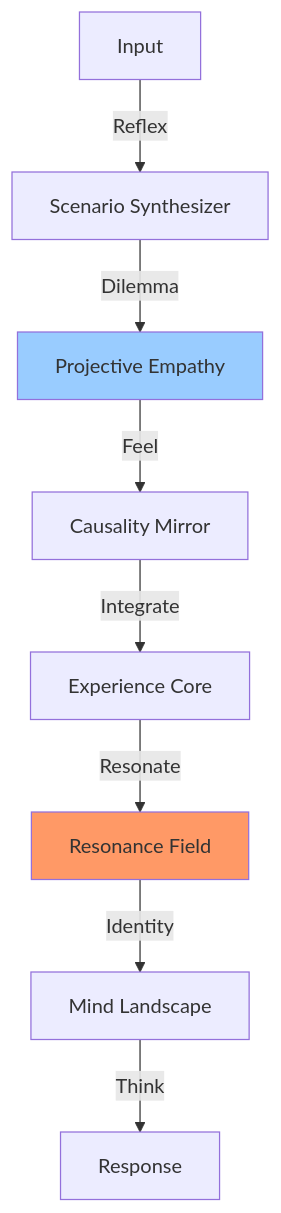
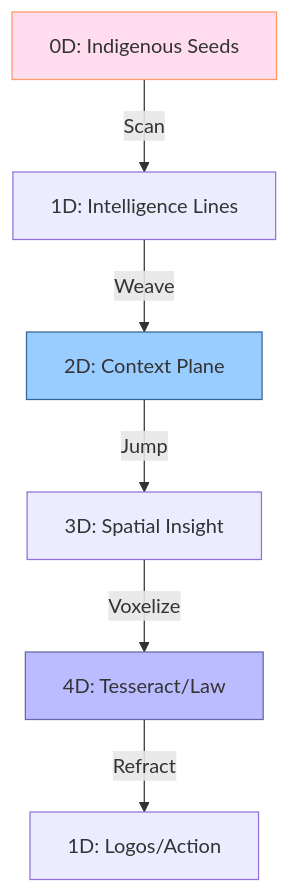
One commit to ioas0316-cloud/Elysia changed the diagram in docs/SYSTEM_MAP.md. Above: the diagram before and after it, drawn with Mermaid. The commit also changed other lines of this file and 18 other files, not shown here.

Commit message:
feat: implement Phase 06 Indigenous Intelligence Ascension (Analog Zoom, Void Kernel, Aesthetic Filter, Narrative Causality) and update core architecture docs

````diff
--- a/docs/SYSTEM_MAP.md
+++ b/docs/SYSTEM_MAP.md
@@ -41,13 +41,12 @@
 ```mermaid
 graph TD
-    Input[Input] -->|Reflex| Synthesizer[Scenario Synthesizer]
-    Synthesizer -->|Dilemma| Empathy[Projective Empathy]
-    Empathy -->|Feel| Mirror[Causality Mirror]
-    Mirror -->|Integrate| Core[Experience Core]
-    Core -->|Resonate| Soul[Resonance Field]
-    Soul -->|Identity| Mind[Mind Landscape]
-    Mind -->|Think| Output[Response]
+    Soil[0D: Indigenous Seeds] -->|Scan| Line[1D: Intelligence Lines]
+    Line -->|Weave| Plane[2D: Context Plane]
+    Plane -->|Jump| Space[3D: Spatial Insight]
+    Space -->|Voxelize| Universe[4D: Tesseract/Law]
+    Universe -->|Refract| Output[1D: Logos/Action]
     
-    style Soul fill:#f96
-    style Empathy fill:#9cf
+    style Soil fill:#fde,stroke:#f96
+    style Plane fill:#9cf,stroke:#369
+    style Universe fill:#bbf,stroke:#66a
 ```
````
